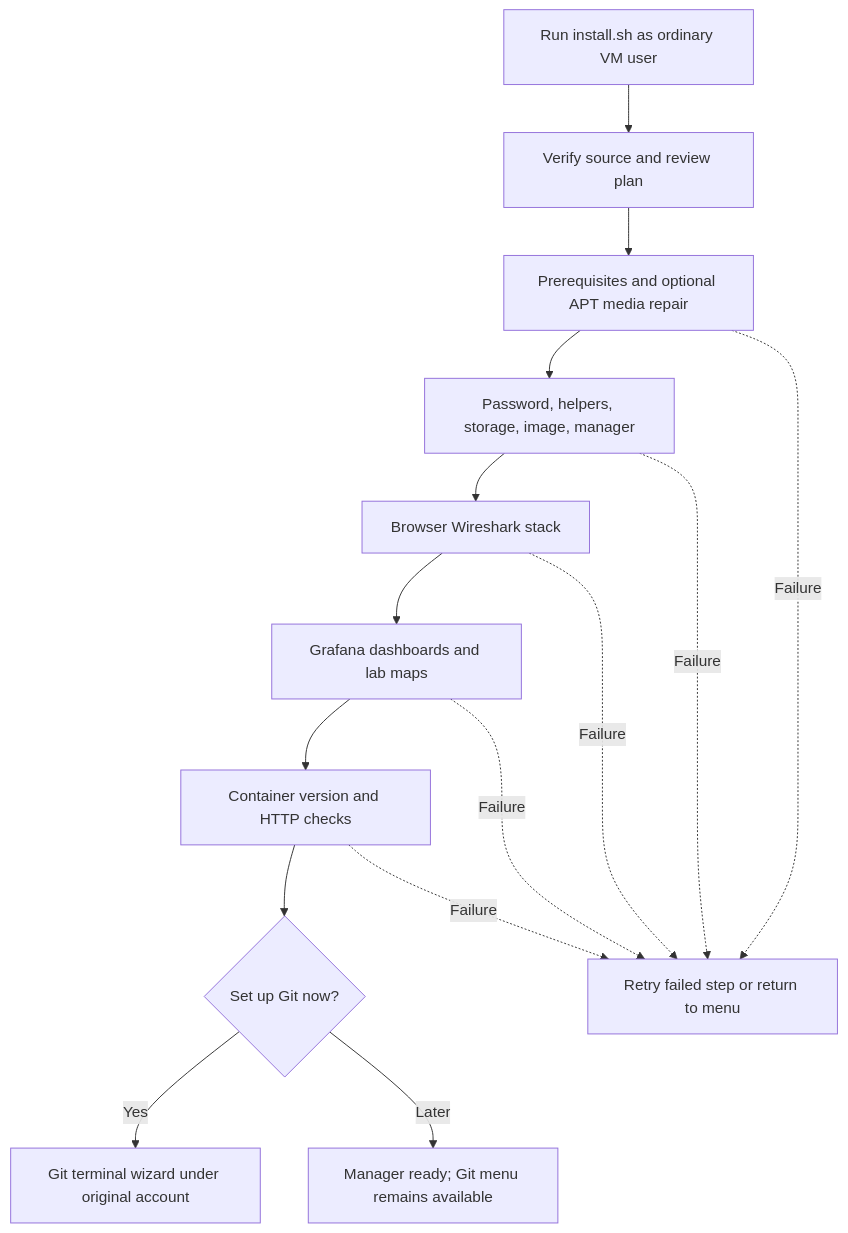
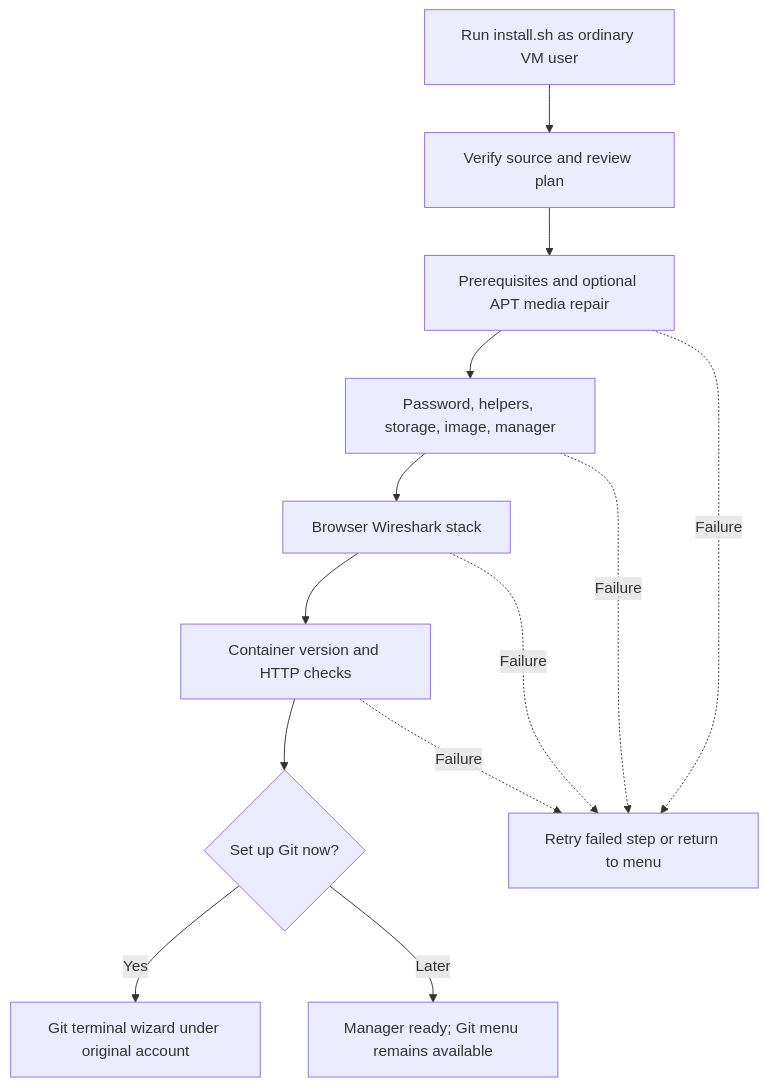
The diagram in docs/INSTALL.md (ArchRuger/CLAB-BACKUP-WORKER-v2), drawn with Mermaid before and after one commit. The commit also changed other lines of this file and 123 other files, not shown here.

````diff
--- a/docs/INSTALL.md
+++ b/docs/INSTALL.md
@@ -110,17 +109,15 @@
 ```mermaid
 flowchart TD
     A[Run install.sh as ordinary VM user] --> B[Verify source and review plan]
     B --> C[Prerequisites and optional APT media repair]
     C --> D[Password, helpers, storage, image, manager]
     D --> E[Browser Wireshark stack]
-    E --> F[Grafana dashboards and lab maps]
-    F --> G[Container version and HTTP checks]
+    E --> G[Container version and HTTP checks]
     G --> H{Set up Git now?}
     H -- Yes --> I[Git terminal wizard under original account]
     H -- Later --> J[Manager ready; Git menu remains available]
     C -. Failure .-> K[Retry failed step or return to menu]
     D -. Failure .-> K
     E -. Failure .-> K
-    F -. Failure .-> K
     G -. Failure .-> K
 ```
````
